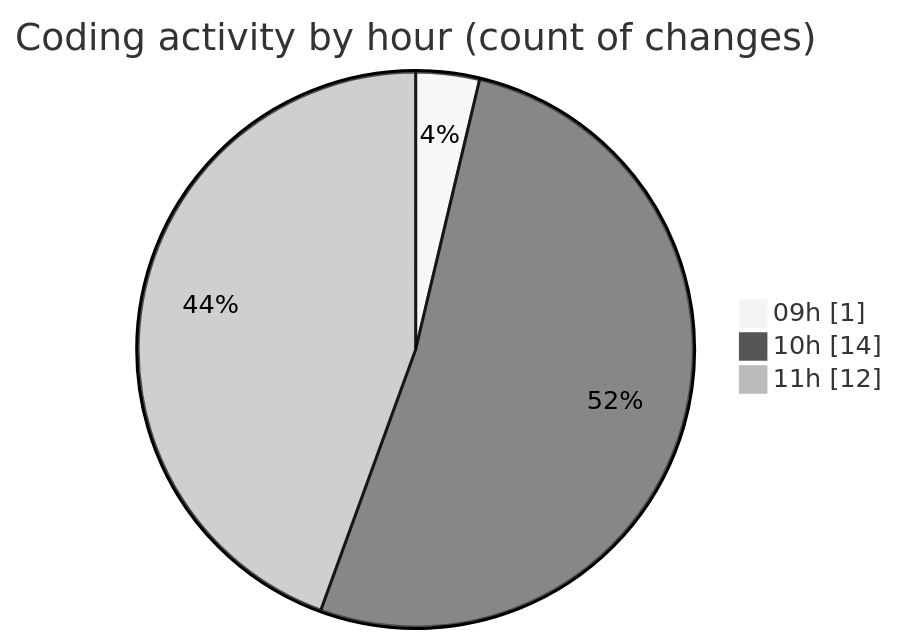
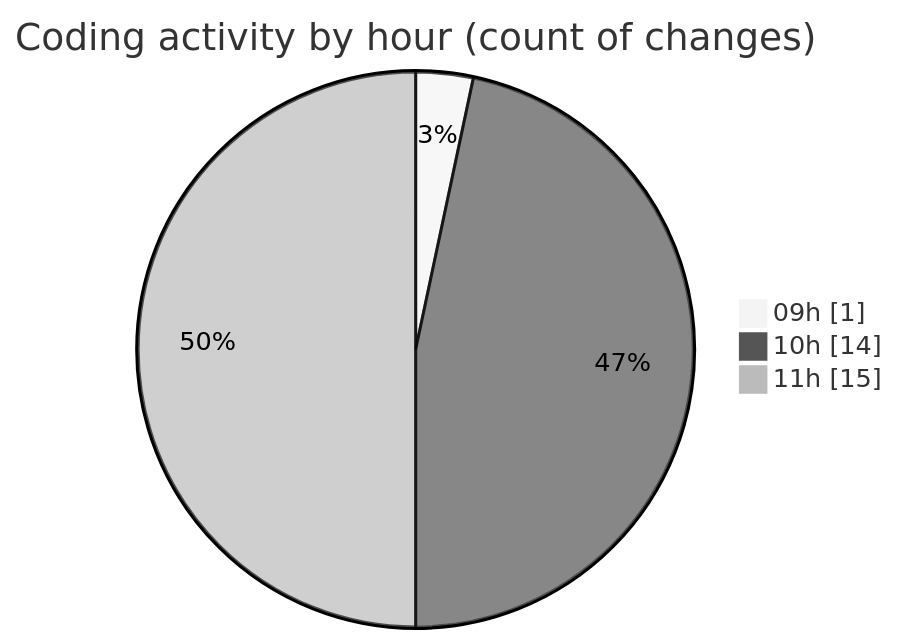
The second of 2 diagrams in 2025-05-07/niten/README.md (Elitesun/code-tracking), drawn with Mermaid (neutral theme) before and after one commit. The commit also changed other lines of this file and 1 other file, not shown here.

````diff
--- a/2025-05-07/niten/README.md
+++ b/2025-05-07/niten/README.md
@@ -40,7 +41,7 @@
 ```mermaid
 pie showData
 title Coding activity by hour (count of changes)
 "09h" : 1
 "10h" : 14
-"11h" : 12
+"11h" : 15
 ```
````
